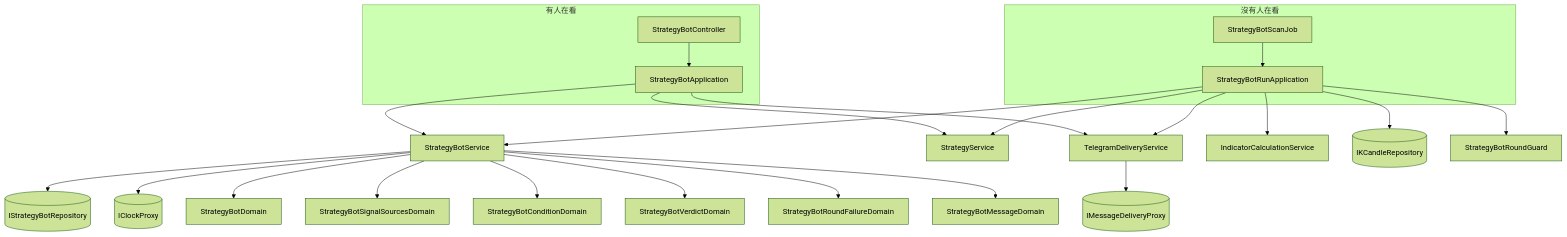
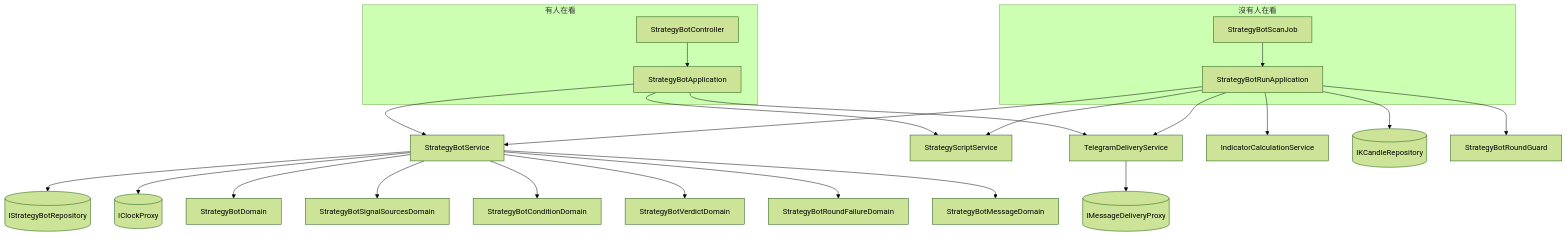
The first of 2 diagrams in .sdd/2026-09-16-strategy-bot/ARCH.md (CodeMachine0121/go-trading), drawn with Mermaid (forest theme) before and after one commit. The commit also changed other lines of this file and 279 other files, not shown here.

First line of the commit message:
refactor: rename strategy to strategy script (#35)

````diff
--- a/.sdd/2026-09-16-strategy-bot/ARCH.md
+++ b/.sdd/2026-09-16-strategy-bot/ARCH.md
@@ -134,31 +134,31 @@
 ```mermaid
 flowchart TD
     subgraph 有人在看
       C[StrategyBotController] --> A[StrategyBotApplication]
     end
     subgraph 沒有人在看
       J[StrategyBotScanJob] --> R[StrategyBotRunApplication]
     end
 
     A --> S[StrategyBotService]
-    A --> SS[StrategyService]
+    A --> SS[StrategyScriptService]
     A --> TD[TelegramDeliveryService]
 
     R --> S
     R --> SS
     R --> IC[IndicatorCalculationService]
     R --> TD
     R --> KR[(IKCandleRepository)]
     R --> G[StrategyBotRoundGuard]
 
     S --> Repo[(IStrategyBotRepository)]
     S --> Clock[(IClockProxy)]
     S --> D1[StrategyBotDomain]
     S --> D2[StrategyBotSignalSourcesDomain]
     S --> D3[StrategyBotConditionDomain]
     S --> D4[StrategyBotVerdictDomain]
     S --> D5[StrategyBotRoundFailureDomain]
     S --> D6[StrategyBotMessageDomain]
 
     TD --> MP[(IMessageDeliveryProxy)]
 ```
````
